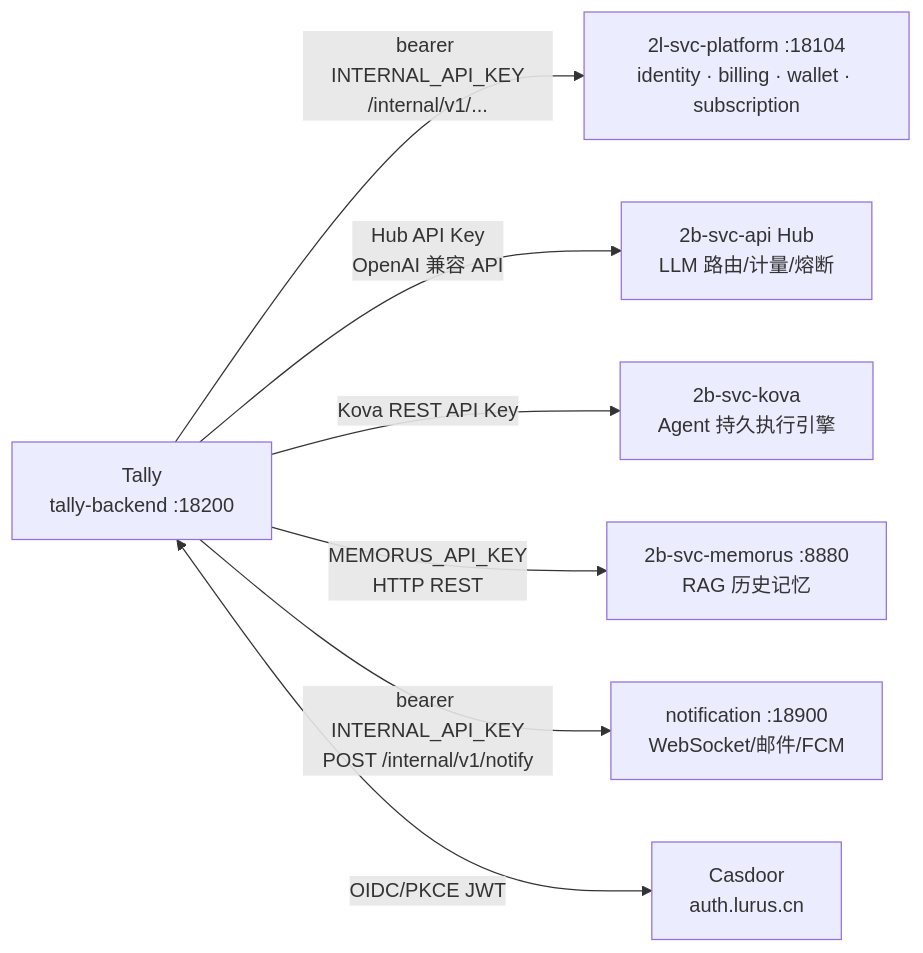
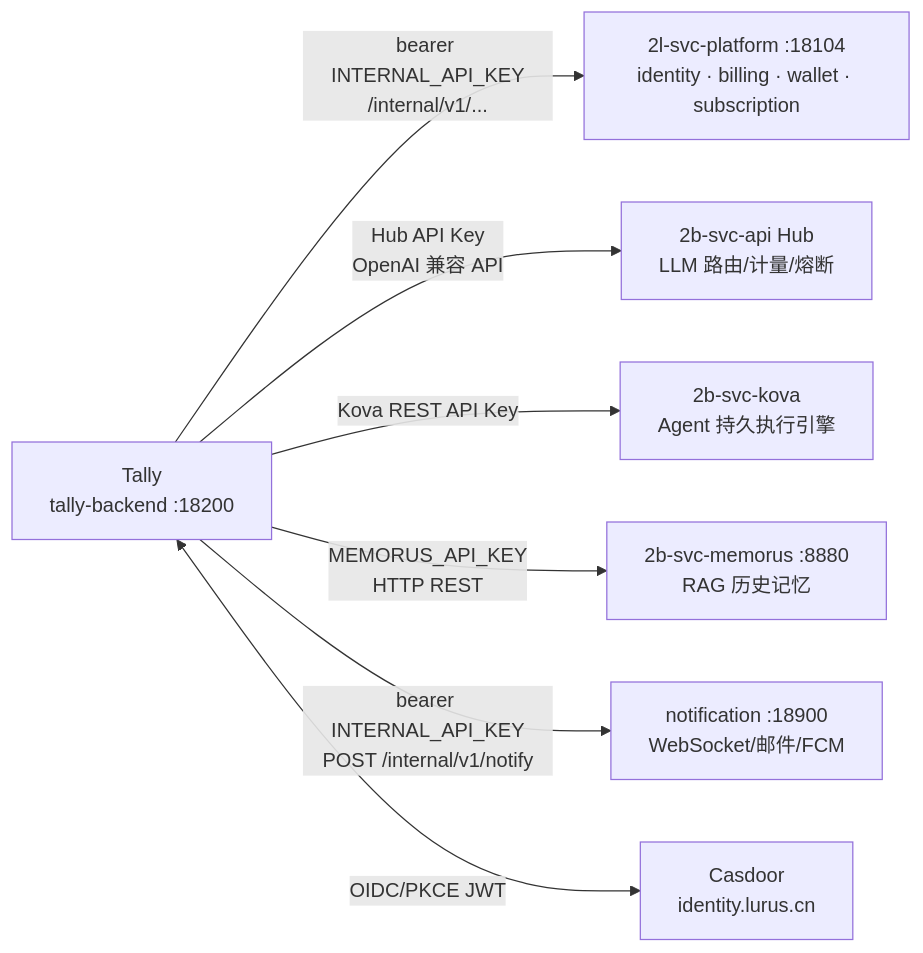
One commit to hanmahong5-arch/lurus-docs changed the third of 6 diagrams in internal/products/tally.md. Above: the diagram before and after it, drawn with Mermaid. The commit also changed other lines of this file and 76 other files, not shown here.

````diff
--- a/internal/products/tally.md
+++ b/internal/products/tally.md
@@ -369,11 +369,11 @@
 ```mermaid
 graph LR
     T["Tally\ntally-backend :18200"]
 
     T -->|bearer INTERNAL_API_KEY\n/internal/v1/...| PLT["2l-svc-platform :18104\nidentity · billing · wallet · subscription"]
     T -->|Hub API Key\nOpenAI 兼容 API| HUB["2b-svc-api Hub\nLLM 路由/计量/熔断"]
     T -->|Kova REST API Key| KV["2b-svc-kova\nAgent 持久执行引擎"]
     T -->|MEMORUS_API_KEY\nHTTP REST| MEM["2b-svc-memorus :8880\nRAG 历史记忆"]
     T -->|bearer INTERNAL_API_KEY\nPOST /internal/v1/notify| NOTIF["notification :18900\nWebSocket/邮件/FCM"]
-    T <-->|OIDC/PKCE JWT| ZIT["Casdoor\nauth.lurus.cn"]
+    T <-->|OIDC/PKCE JWT| ZIT["Casdoor\nidentity.lurus.cn"]
 ```
````
